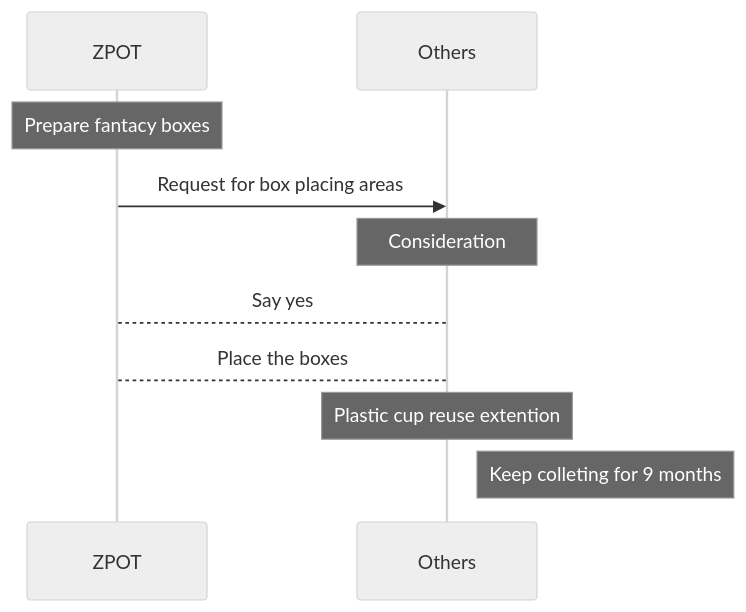
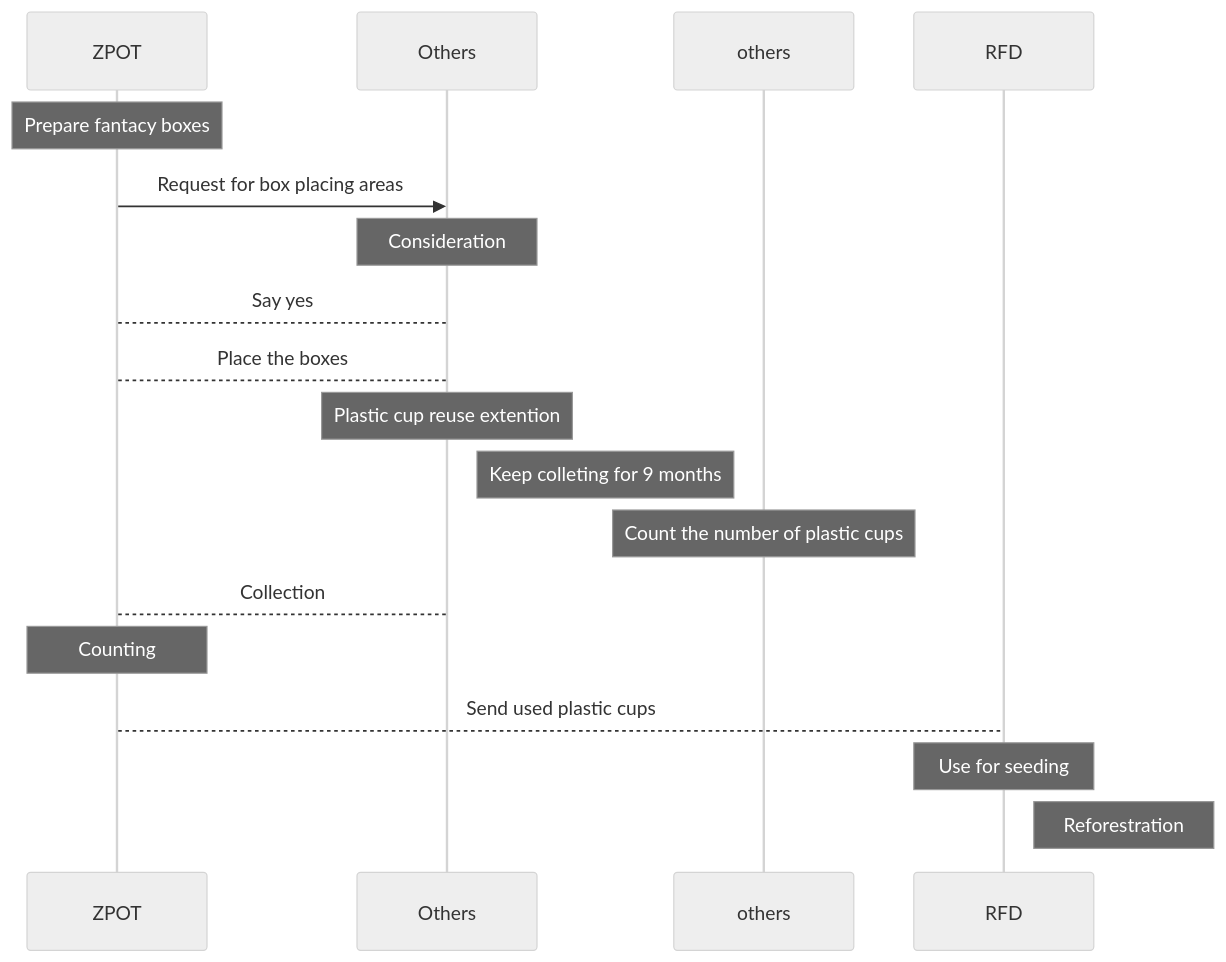
Before and after one commit to Kietpawpan/carbon: the first of 2 diagrams in README.md, drawn with Mermaid (neutral theme).

````diff
--- a/README.md
+++ b/README.md
@@ -9,10 +9,16 @@
 ```mermaid
 sequenceDiagram
     Note over ZPOT: Prepare fantacy boxes  
     ZPOT->>Others: Request for box placing areas
     Note over Others: Consideration
     Others-->ZPOT: Say yes
     ZPOT-->Others: Place the boxes
     Note over Others: Plastic cup reuse extention
     Note right of Others: Keep colleting for 9 months
+    Note over others: Count the number of plastic cups
+    Others-->ZPOT: Collection
+    Note over ZPOT: Counting
+    ZPOT-->RFD: Send used plastic cups
+    Note over RFD: Use for seeding
+    Note right of RFD: Reforestration
 ```
````
